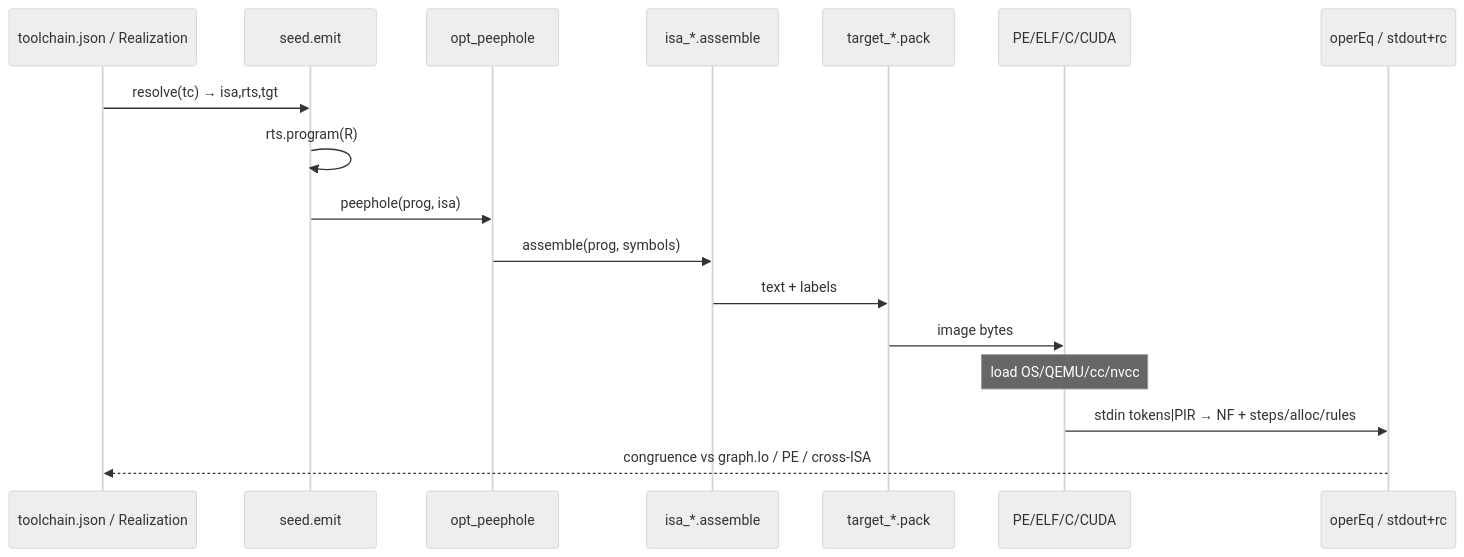
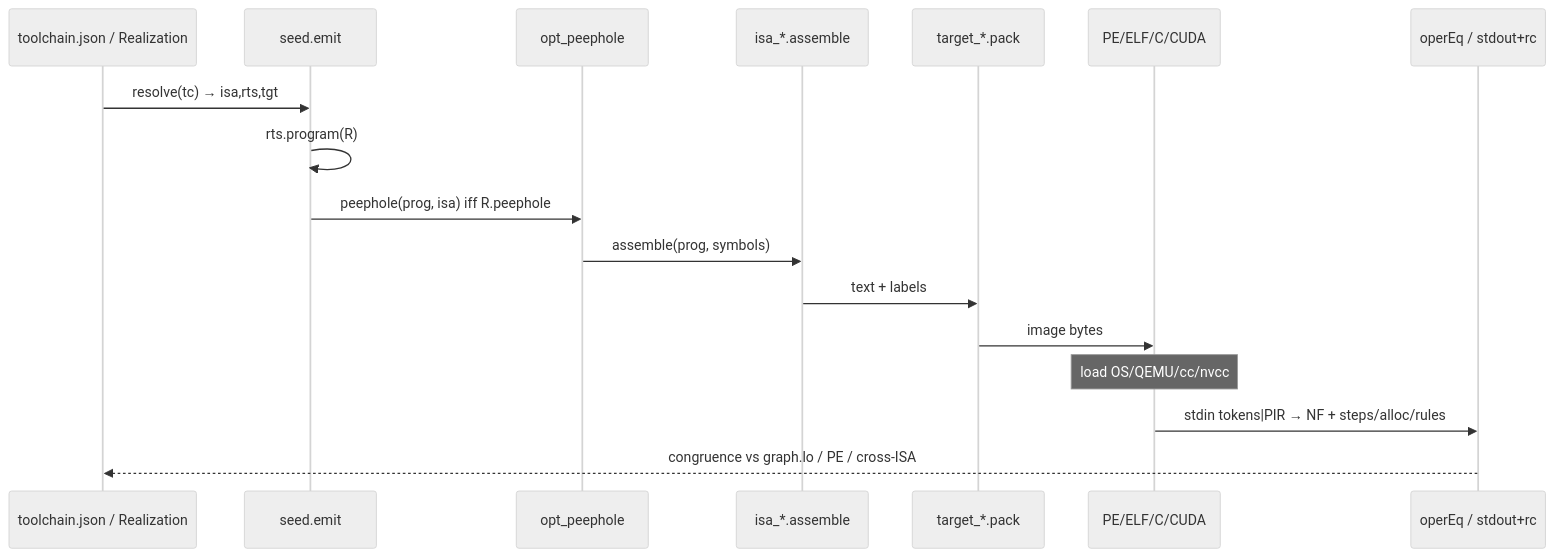
One commit to Cypoe/isar-proofs changed the second of 2 diagrams in docs/host-architecture.md. Above: the diagram before and after it, drawn with Mermaid (neutral theme). The commit also changed other lines of this file, not shown here.

First line of the commit message:
docs: emit chain shows peephole as opt-in Realization axis

````diff
--- a/docs/host-architecture.md
+++ b/docs/host-architecture.md
@@ -243,20 +245,20 @@
 ```mermaid
 sequenceDiagram
   participant Spec as toolchain.json / Realization
   participant Seed as seed.emit
   participant Peep as opt_peephole
   participant ISA as isa_*.assemble
   participant Tgt as target_*.pack
   participant Exe as PE/ELF/C/CUDA
   participant Obs as operEq / stdout+rc
 
   Spec->>Seed: resolve(tc) → isa,rts,tgt
   Seed->>Seed: rts.program(R)
-  Seed->>Peep: peephole(prog, isa)
+  Seed->>Peep: peephole(prog, isa) iff R.peephole
   Peep->>ISA: assemble(prog, symbols)
   ISA->>Tgt: text + labels
   Tgt->>Exe: image bytes
   Note over Exe: load OS/QEMU/cc/nvcc
   Exe->>Obs: stdin tokens|PIR → NF + steps/alloc/rules
   Obs-->>Spec: congruence vs graph.lo / PE / cross-ISA
 ```
````
